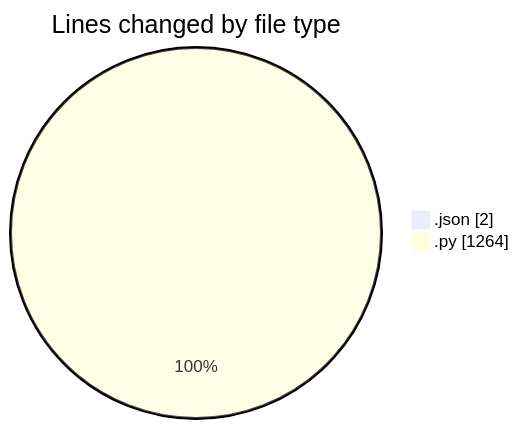
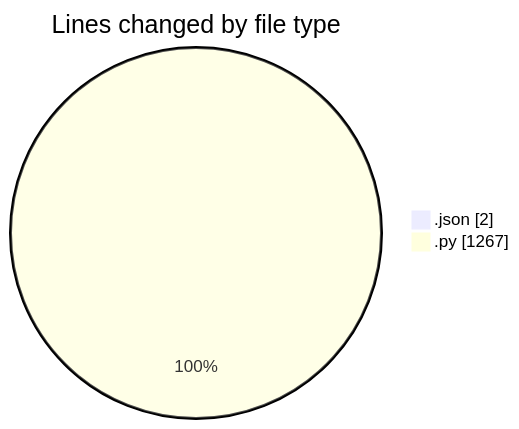
The first of 2 diagrams in 2025-02-19/myws__workspace_/README.md (MatusMokan/code-tracking), drawn with Mermaid before and after one commit. The commit also changed other lines of this file and 1 other file, not shown here.

````diff
--- a/2025-02-19/myws__workspace_/README.md
+++ b/2025-02-19/myws__workspace_/README.md
@@ -24,6 +25,6 @@
 ```mermaid
 pie showData
 title Lines changed by file type
 ".json" : 2
-".py" : 1264
+".py" : 1267
 ```
````
